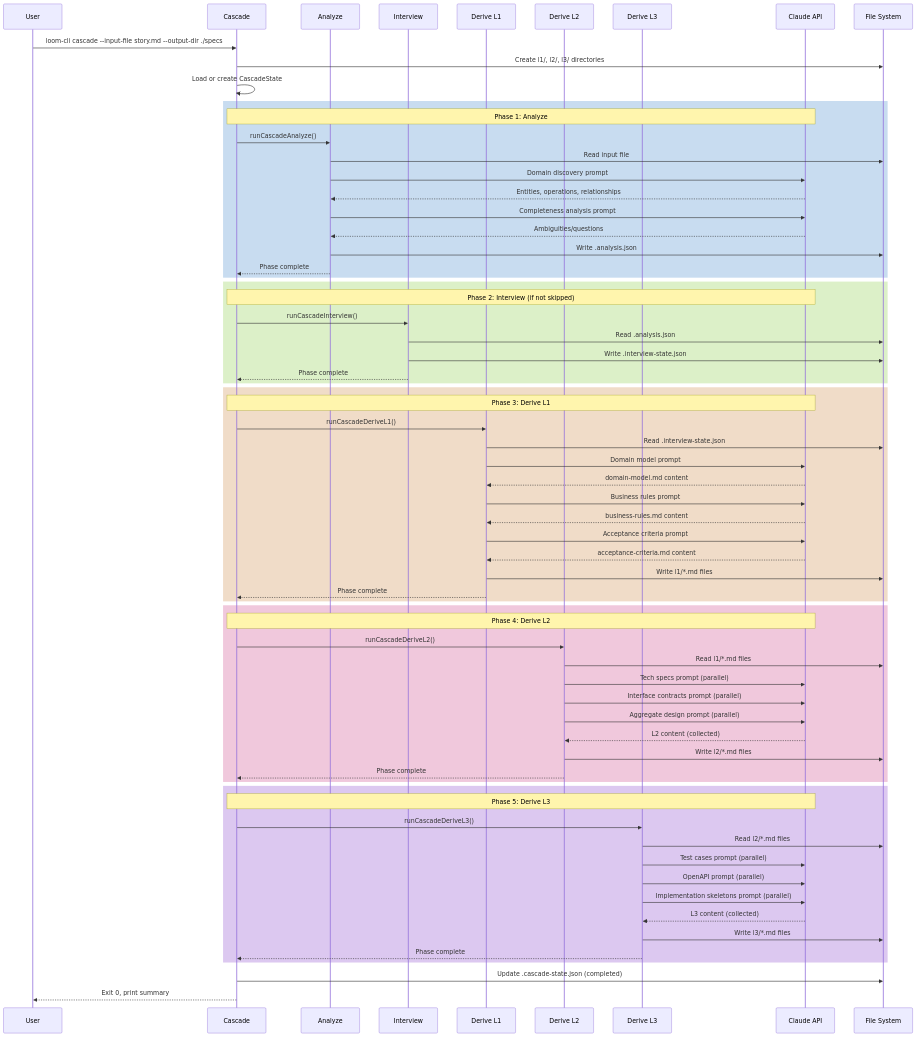
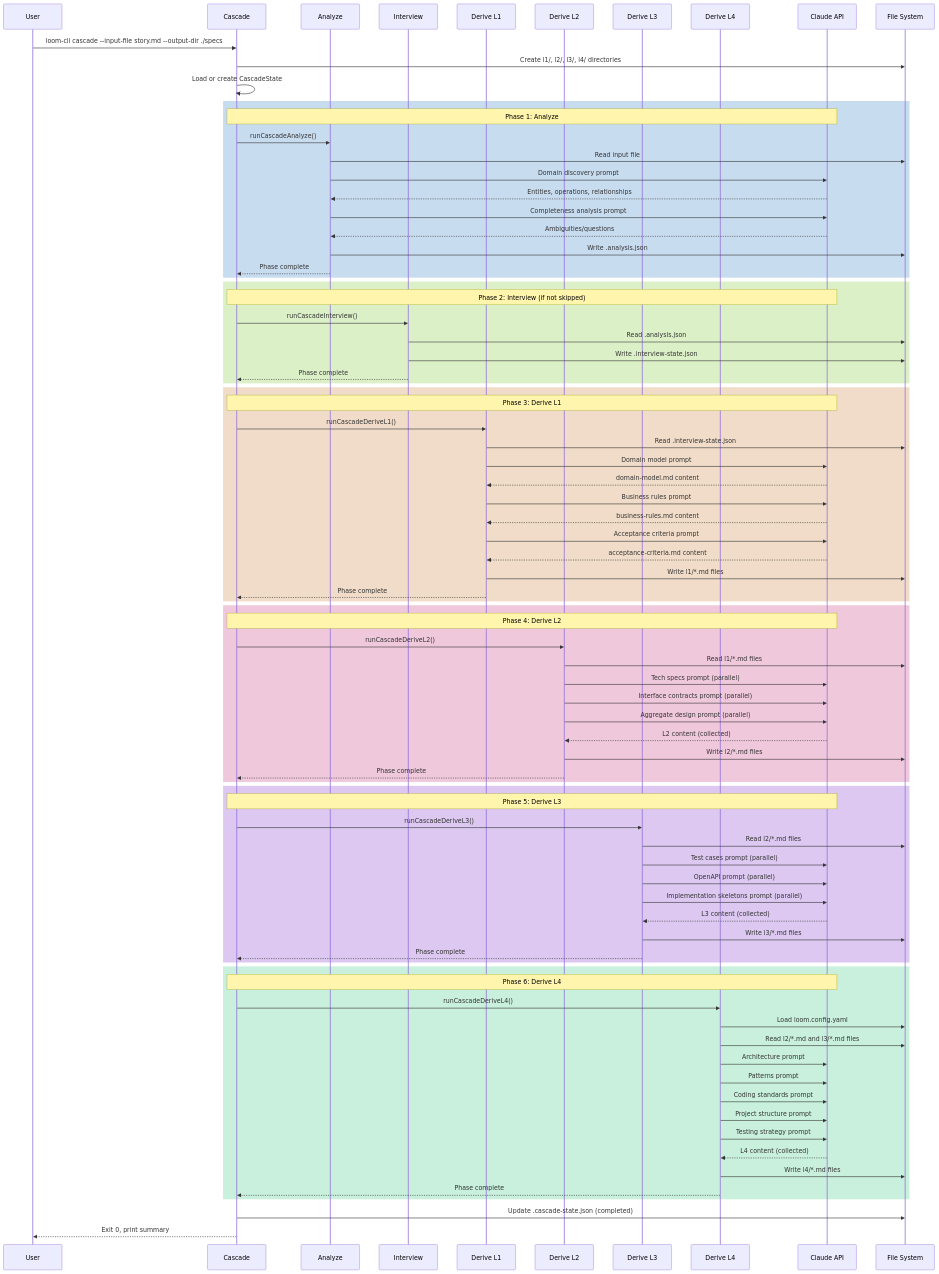
Before and after one commit to ikadar/loom-tooling: the first of 10 diagrams in docs/spec/l2/sequence-design.md, drawn with Mermaid. The commit also changed other lines of this file and 13 other files, not shown here.

````diff
--- a/docs/spec/l2/sequence-design.md
+++ b/docs/spec/l2/sequence-design.md
@@ -35,11 +35,12 @@
     participant D1 as Derive L1
     participant D2 as Derive L2
     participant D3 as Derive L3
+    participant D4 as Derive L4
     participant API as Claude API
     participant FS as File System
 
     U->>C: loom-cli cascade --input-file story.md --output-dir ./specs
-    C->>FS: Create l1/, l2/, l3/ directories
+    C->>FS: Create l1/, l2/, l3/, l4/ directories
     C->>C: Load or create CascadeState
 
     rect rgb(200, 220, 240)
@@ -100,6 +101,21 @@
         D3-->>C: Phase complete
     end
 
+    rect rgb(200, 240, 220)
+        Note over C,API: Phase 6: Derive L4
+        C->>D4: runCascadeDeriveL4()
+        D4->>FS: Load loom.config.yaml
+        D4->>FS: Read l2/*.md and l3/*.md files
+        D4->>API: Architecture prompt
+        D4->>API: Patterns prompt
+        D4->>API: Coding standards prompt
+        D4->>API: Project structure prompt
+        D4->>API: Testing strategy prompt
+        API-->>D4: L4 content (collected)
+        D4->>FS: Write l4/*.md files
+        D4-->>C: Phase complete
+    end
+
     C->>FS: Update .cascade-state.json (completed)
     C-->>U: Exit 0, print summary
 ```
````
